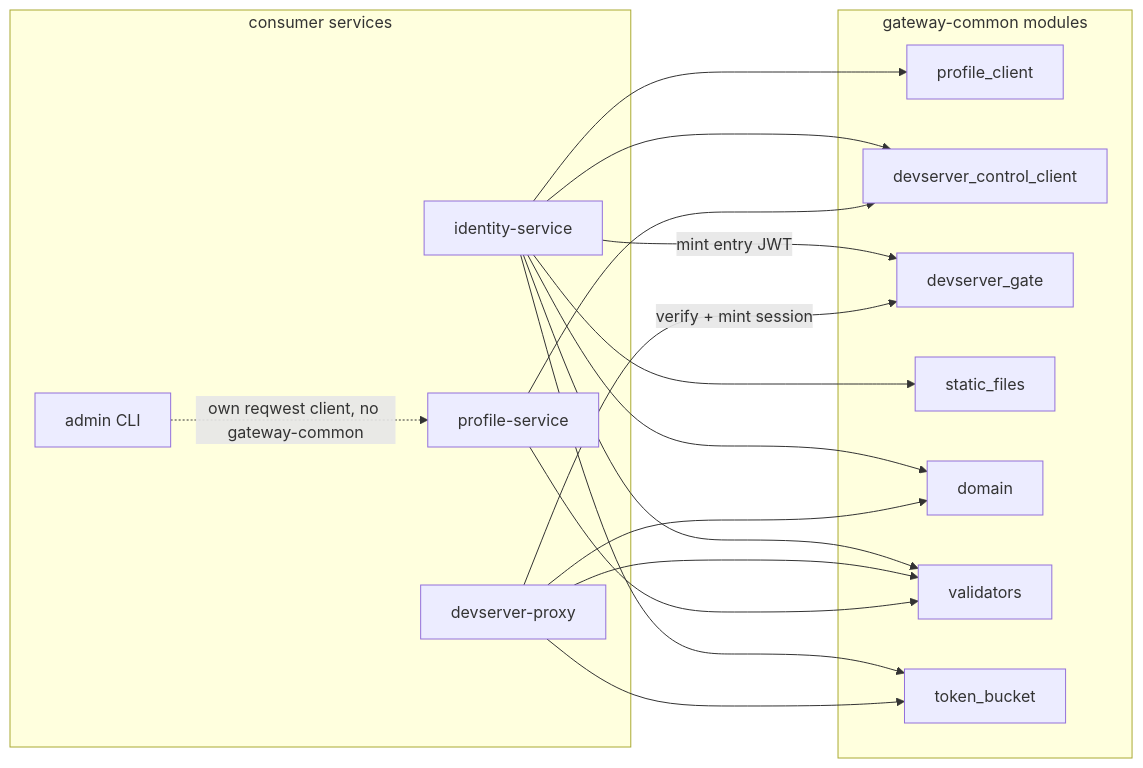
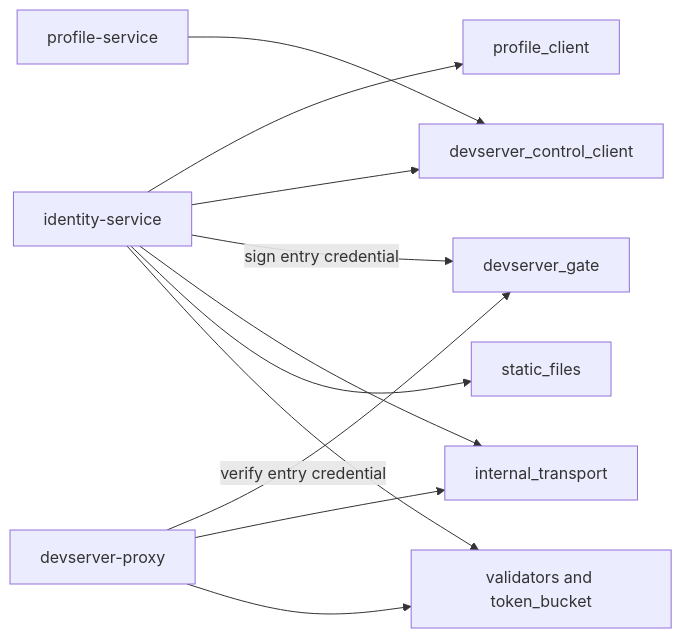
One commit to likewhatevs/chan changed the diagram in gateway/crates/gateway-common/design.md. Above: the diagram before and after it, drawn with Mermaid. The commit also changed other lines of this file and 167 other files, not shown here.

First line of the commit message:
harden distributed proxy control plane

````diff
--- a/gateway/crates/gateway-common/design.md
+++ b/gateway/crates/gateway-common/design.md
@@ -20,32 +22,13 @@
 ```mermaid
 flowchart LR
-  subgraph svc["consumer services"]
-    identity["identity-service"]
-    devproxy["devserver-proxy"]
-    profile["profile-service"]
-    admin["admin CLI"]
-  end
-  subgraph common["gateway-common modules"]
-    pc["profile_client"]
-    dcc["devserver_control_client"]
-    dg["devserver_gate"]
-    sf["static_files"]
-    dom["domain"]
-    val["validators"]
-    tb["token_bucket"]
-  end
-  identity --> pc
-  identity --> sf
-  identity --> dcc
-  identity -->|"mint entry JWT"| dg
-  identity --> dom
-  identity --> val
-  identity --> tb
-  devproxy -->|"verify + mint session"| dg
-  devproxy --> dom
-  devproxy --> val
-  devproxy --> tb
-  profile --> dcc
-  profile --> val
-  admin -.->|"own reqwest client, no gateway-common"| profile
+  identity[identity-service] --> profile[profile_client]
+  identity --> control[devserver_control_client]
+  identity -->|sign entry credential| gate[devserver_gate]
+  proxy[devserver-proxy] -->|verify entry credential| gate
+  proxy --> internal[internal_transport]
+  identity --> internal
+  profile_service[profile-service] --> control
+  identity --> static[static_files]
+  identity --> validators[validators and token_bucket]
+  proxy --> validators
 ```
````
